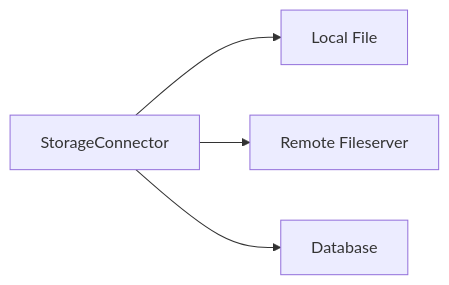
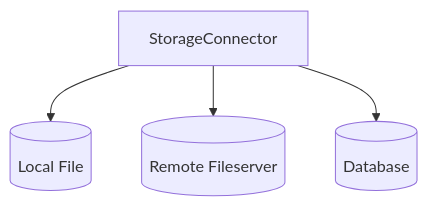
Before and after one commit to opengamedata/ogd-doc: the first of 2 diagrams in src/04_core-architecture/common/configs_and_schemas.md, drawn with Mermaid. The commit also changed other lines of this file, not shown here.

Commit message:
Finish adding basic info to configs & schemas file.

````diff
--- a/src/04_core-architecture/common/configs_and_schemas.md
+++ b/src/04_core-architecture/common/configs_and_schemas.md
@@ -18,7 +18,7 @@
     ```{mermaid}
-    flowchart LR
+    flowchart TD
 
-    StorageConnector --> local["Local File"]
-    StorageConnector --> remote["Remote Fileserver"]
-    StorageConnector --> Database
+    StorageConnector --> local[(Local File)]
+    StorageConnector --> remote[(Remote Fileserver)]
+    StorageConnector --> Database[(Database)]
     ```
````
